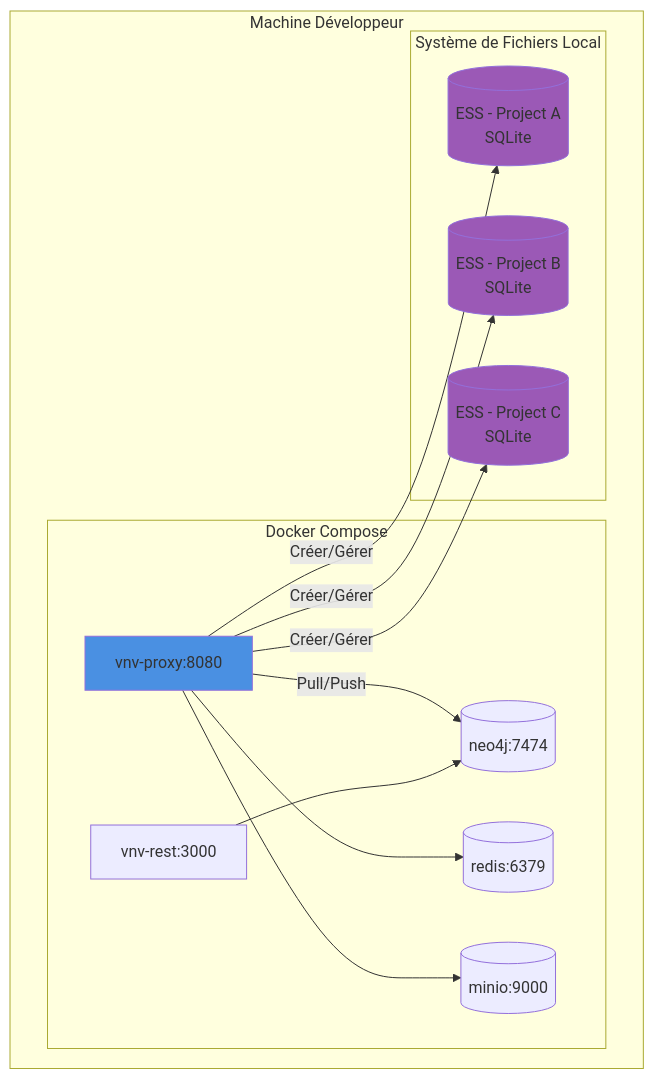
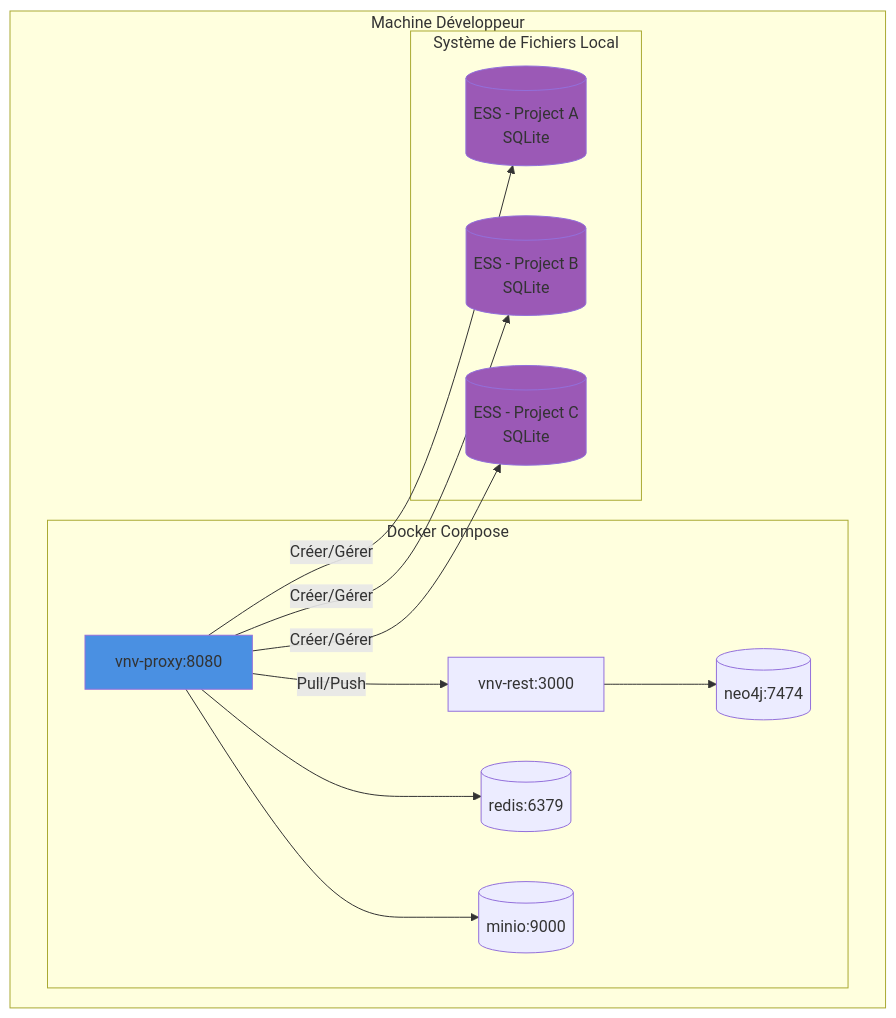
One commit to infrasoftbe/vnv-doc changed the second of 4 diagrams in vnv-doc-content/docs/Infrastructure.md. Above: the diagram before and after it, drawn with Mermaid. The commit also changed 1 other file, not shown here.

Commit message:
Update workspace and infrastructure diagram
Adjust Obsidian workspace metadata and fix the infrastructure mermaid graph. .obsidian/workspace.json: point the pane to docs/infrastructure.md, update the pane title and active pane id, and adjust lastOpenFiles ordering (add resources and reference entries, remove a duplicate and blog/_index.md). docs/Infrastructure.md: change the mermaid edge so PROXY Pull/Push goes to REST instead of directly to NEO4J, reflecting the REST intermediary for Neo4j access.

````diff
--- a/vnv-doc-content/docs/Infrastructure.md
+++ b/vnv-doc-content/docs/Infrastructure.md
@@ -143,31 +143,31 @@
 ```mermaid
 graph TB
     subgraph "Machine Développeur"
         subgraph "Docker Compose"
             PROXY[vnv-proxy:8080]
             REST[vnv-rest:3000]
             NEO4J[(neo4j:7474)]
             REDIS[(redis:6379)]
             MINIO[(minio:9000)]
         end
         
         subgraph "Système de Fichiers Local"
             ESS1[(ESS - Project A<br/>SQLite)]
             ESS2[(ESS - Project B<br/>SQLite)]
             ESS3[(ESS - Project C<br/>SQLite)]
         end
     end
     
     PROXY -->|Créer/Gérer| ESS1
     PROXY -->|Créer/Gérer| ESS2
     PROXY -->|Créer/Gérer| ESS3
-    PROXY -->|Pull/Push| NEO4J
+    PROXY -->|Pull/Push| REST
     PROXY --> REDIS
     PROXY --> MINIO
     REST --> NEO4J
     
     style ESS1 fill:#9b59b6
     style ESS2 fill:#9b59b6
     style ESS3 fill:#9b59b6
     style PROXY fill:#4a90e2
 ```
````
